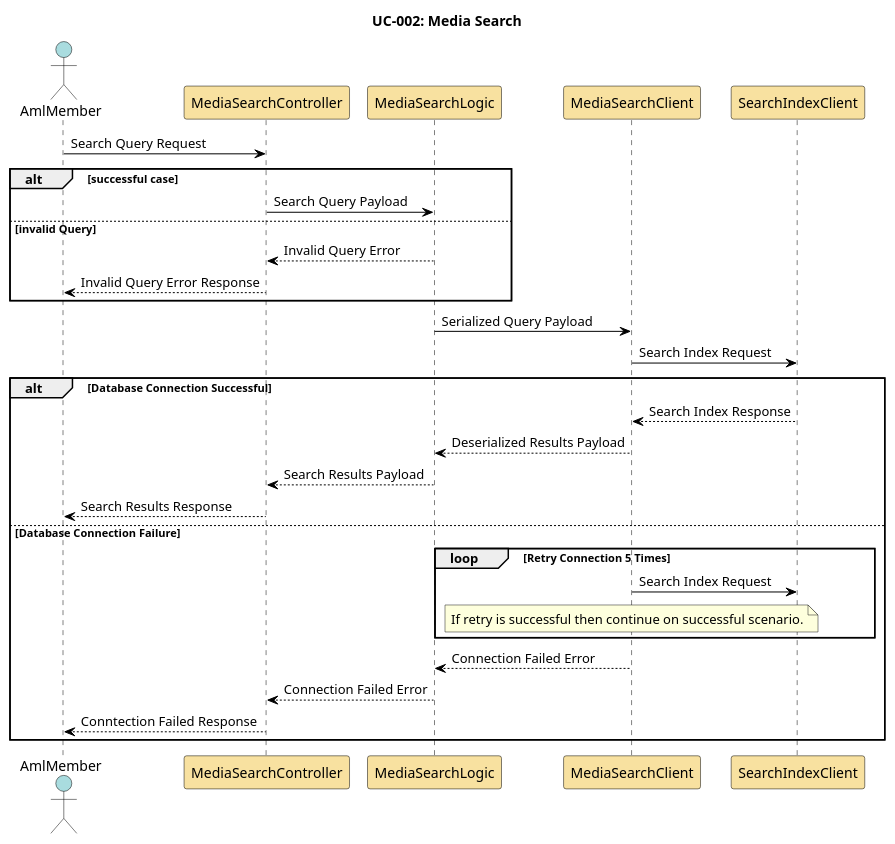
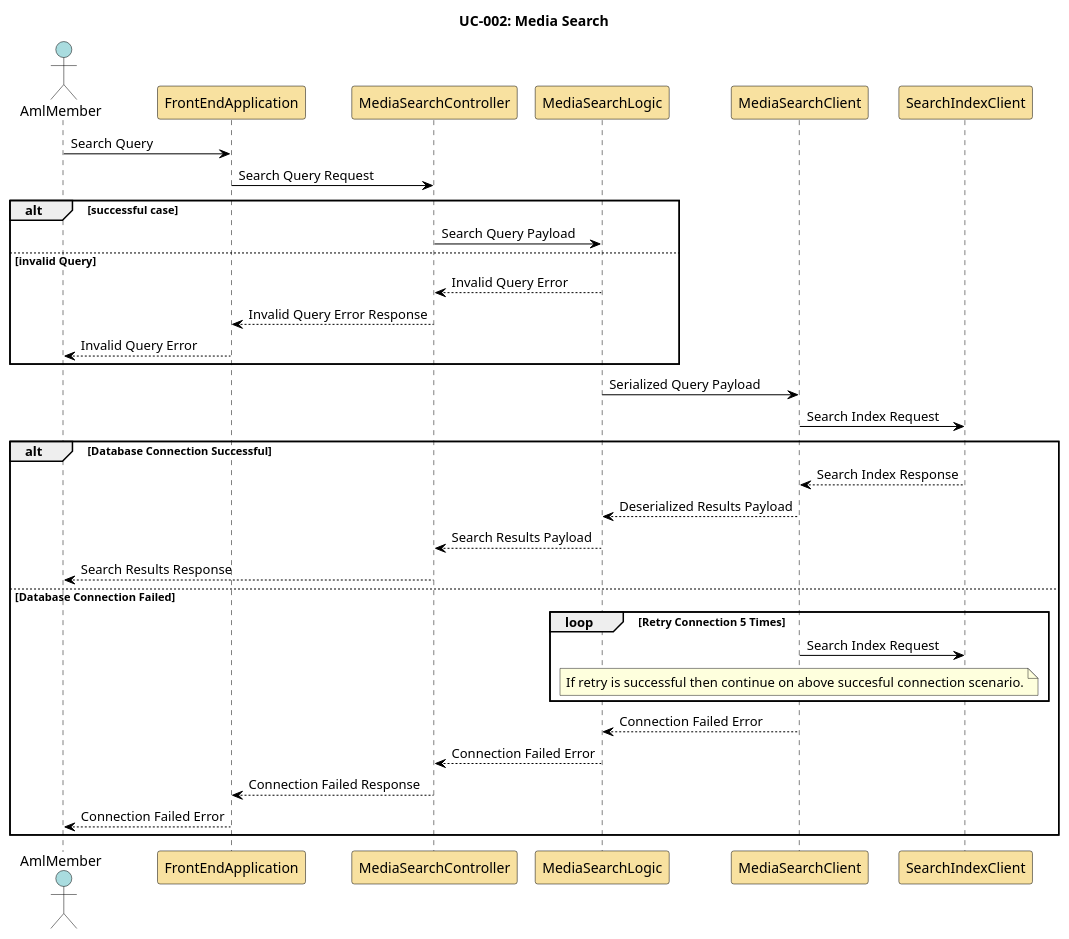
One commit to Nox-iv/group-11 changed the diagram in documentation/uml-sequence/media-search/media-search.puml. Above: the diagram before and after it, drawn with PlantUML. The commit also changed 2 other files, not shown here.

Commit message:
Add media search sequence diagram.

```diff
--- a/documentation/uml-sequence/media-search/media-search.puml
+++ b/documentation/uml-sequence/media-search/media-search.puml
@@ -1,52 +1,56 @@
-@startuml media-borrowing-sequence-1
+@startuml media-search
 
 skinparam sequence {
     ActorBorderColor Black
     ActorBackgroundColor #A9DCDF
     ParticipantBorderColor Black
     ParticipantBackgroundColor #F8E1A0
     LifeLineBorderColor Black
     LifeLineBackgroundColor White
     NoteBorderColor Black
     NoteBackgroundColor #FEFECE
     ArrowColor Black
     ArrowThickness 1
     ActivationBorderColor Black
     ActivationBackgroundColor #B3E2CD
 }
 
 title UC-002: Media Search
 
 actor AmlMember as aml_member
+participant FrontEndApplication as front_end
 participant MediaSearchController as media_search_controller
 participant MediaSearchLogic as media_search_logic
 participant MediaSearchClient as media_search_client
 participant SearchIndexClient as media_search_index
 
-aml_member -> media_search_controller: Search Query Request
+aml_member -> front_end: Search Query
+front_end -> media_search_controller: Search Query Request
 alt successful case
     media_search_controller -> media_search_logic: Search Query Payload
 else invalid Query
     media_search_logic --> media_search_controller: Invalid Query Error
-    media_search_controller --> aml_member: Invalid Query Error Response
+    media_search_controller --> front_end: Invalid Query Error Response
+    front_end --> aml_member: Invalid Query Error
 end
 media_search_logic -> media_search_client: Serialized Query Payload
 media_search_client -> media_search_index: Search Index Request
 alt Database Connection Successful
     media_search_index --> media_search_client: Search Index Response
     media_search_client --> media_search_logic: Deserialized Results Payload
     media_search_logic --> media_search_controller: Search Results Payload
     media_search_controller --> aml_member: Search Results Response
-else Database Connection Failure
+else Database Connection Failed
     loop Retry Connection 5 Times
     media_search_client -> media_search_index: Search Index Request
     note over media_search_client
-    If retry is successful then continue on successful scenario.
+    If retry is successful then continue on above succesful connection scenario.
     end note
     end
     media_search_client --> media_search_logic: Connection Failed Error
     media_search_logic --> media_search_controller: Connection Failed Error
-    media_search_controller --> aml_member: Conntection Failed Response
+    media_search_controller --> front_end: Connection Failed Response
+    front_end --> aml_member: Connection Failed Error
 end
 
 @enduml
```
